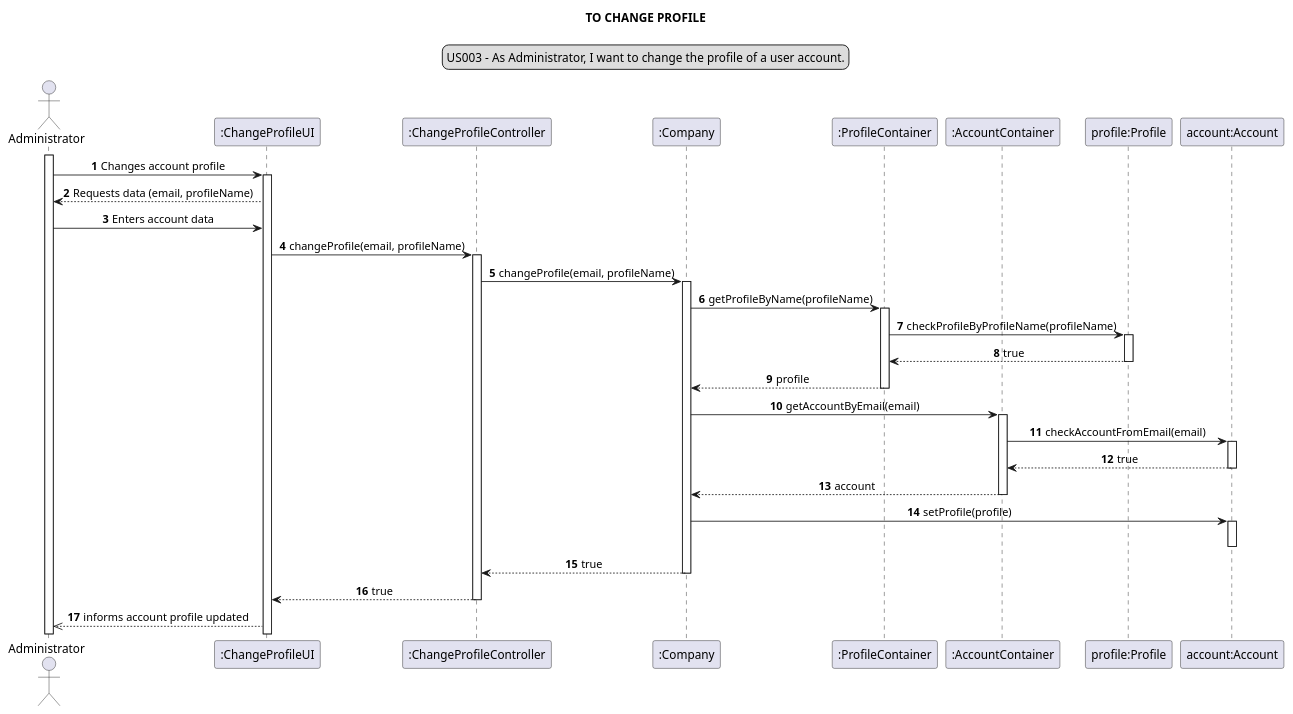
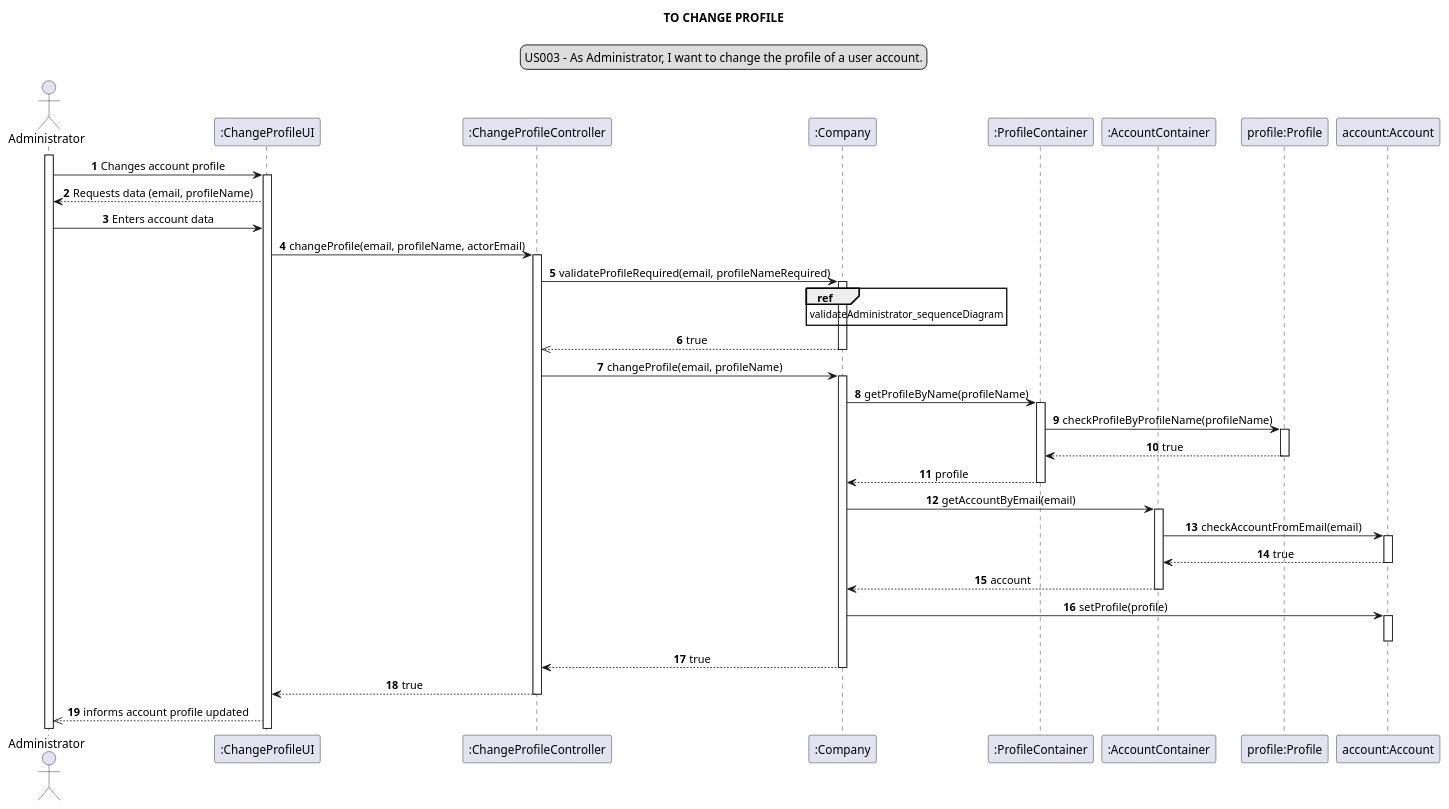
The diagram in docs/modelling_design/user_stories/sprint01/us003/US003_sequenceDiagram.puml (Loracline/project_switch_22-23), drawn with PlantUML before and after one commit. The commit also changed 1 other file, not shown here.

Commit message:
US002, US011_US012_US013: Design : refinement of Sequence Diagram

```diff
--- a/docs/modelling_design/user_stories/sprint01/us003/US003_sequenceDiagram.puml
+++ b/docs/modelling_design/user_stories/sprint01/us003/US003_sequenceDiagram.puml
@@ -1,56 +1,61 @@
 @startuml
 
 
 actor Administrator
 participant ":ChangeProfileUI" as ui
 participant ":ChangeProfileController" as controller
 participant ":Company" as company
 participant ":ProfileContainer" as pcontainer
 participant ":AccountContainer" as acontainer
 participant "profile:Profile" as pf
 participant "account:Account" as account
 
 
 
 skinparam sequenceMessageAlign center
 title TO CHANGE PROFILE
 legend top
 US003 - As Administrator, I want to change the profile of a user account.
 end legend
 autonumber
 activate Administrator
 Administrator -> ui:  Changes account profile
 activate ui
 Administrator <-- ui:  Requests data (email, profileName)
 Administrator -> ui:  Enters account data
-ui -> controller: changeProfile(email, profileName)
+ui -> controller: changeProfile(email, profileName, actorEmail)
 activate controller
+controller -> company: validateProfileRequired(email, profileNameRequired)
+activate company
+ref over company: validateAdministrator_sequenceDiagram
+company -->> controller: true
+deactivate company
 controller -> company: changeProfile(email, profileName)
 activate company
 company -> pcontainer: getProfileByName(profileName)
 activate pcontainer
 pcontainer -> pf: checkProfileByProfileName(profileName)
 activate pf
 pf --> pcontainer : true
 deactivate pf
 company <-- pcontainer: profile
 deactivate pcontainer
 company -> acontainer: getAccountByEmail(email)
 activate acontainer
 acontainer -> account: checkAccountFromEmail(email)
 activate account
 account --> acontainer: true
 deactivate account
 company <-- acontainer: account
 deactivate acontainer
 company -> account: setProfile(profile)
 activate account
 deactivate account
 controller <-- company: true
 deactivate company
 controller --> ui: true
 deactivate controller
 ui -->> Administrator: informs account profile updated
 
 
 @enduml
```
